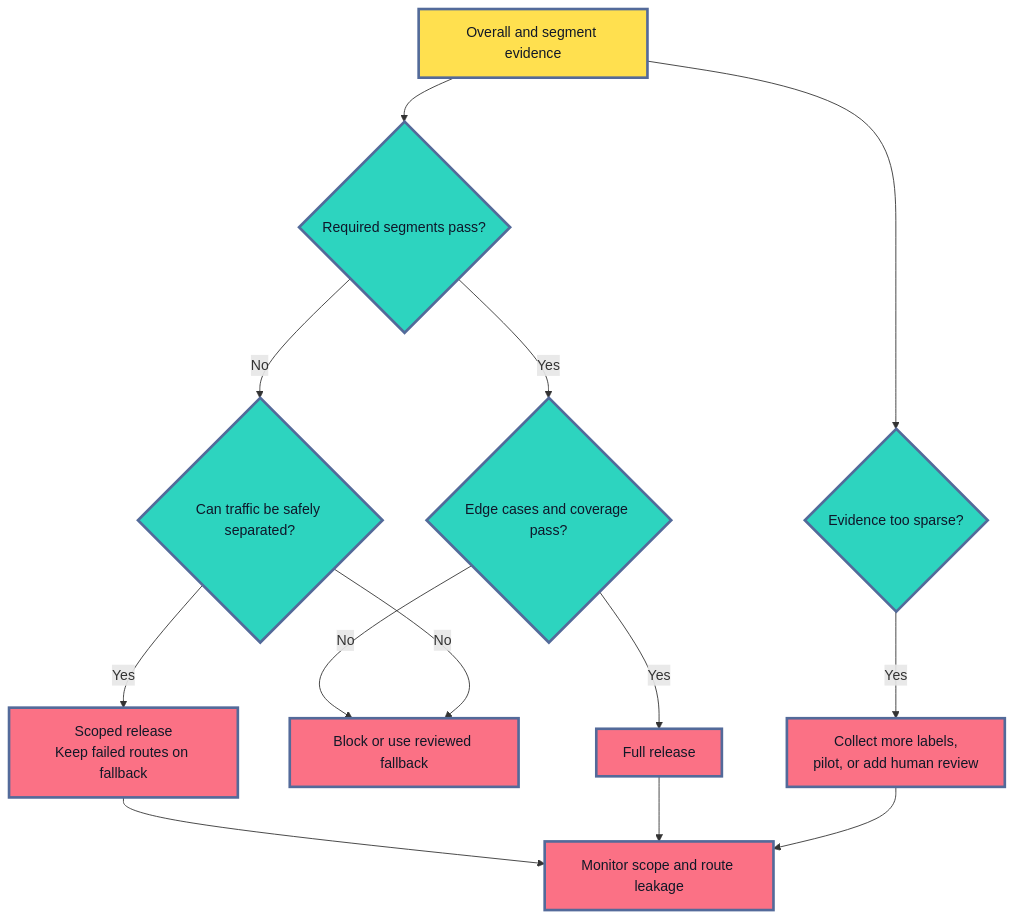
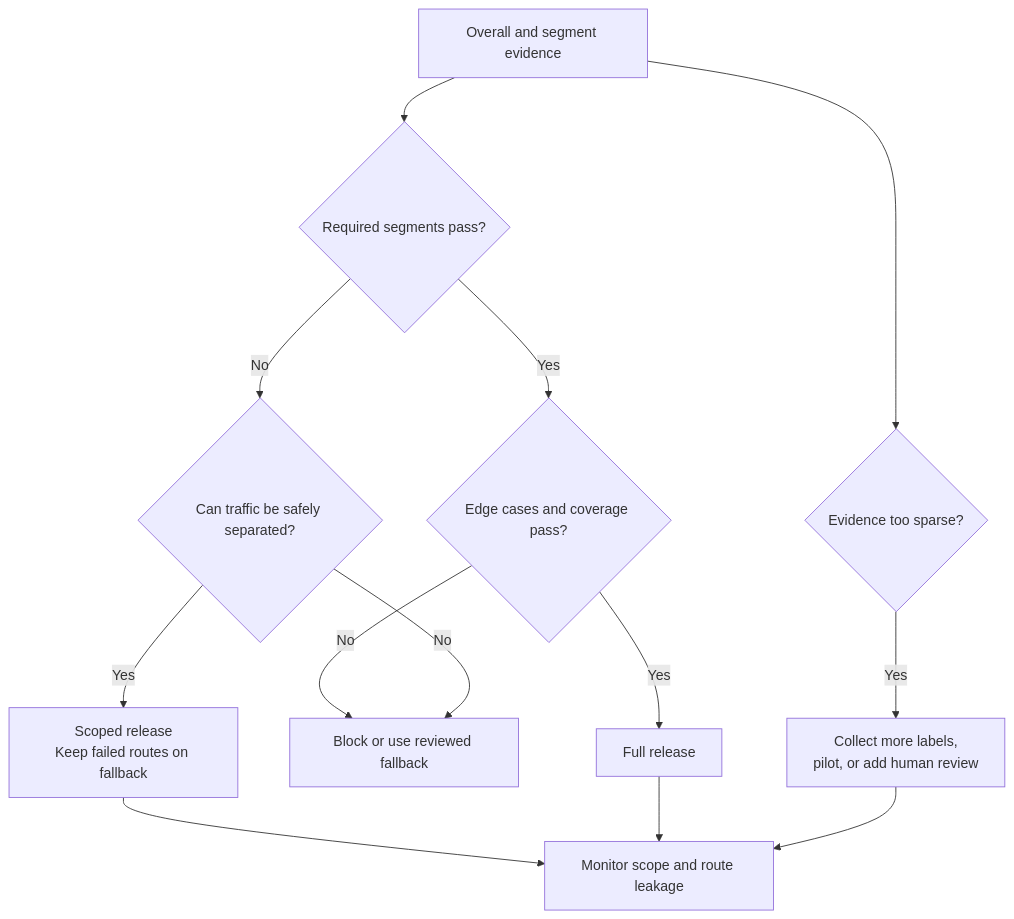
One commit to senlinyy/dev-roadmaps changed diagram 11 of 12 in roadmaps/mlops/modules/model-evaluation/production-readiness/01-segment-evaluation-edge-cases.md. Above: the diagram before and after it, drawn with Mermaid. The commit also changed other lines of this file and 152 other files, not shown here.

Commit message:
feat: mlops and diagrams updated

````diff
--- a/roadmaps/mlops/modules/model-evaluation/production-readiness/01-segment-evaluation-edge-cases.md
+++ b/roadmaps/mlops/modules/model-evaluation/production-readiness/01-segment-evaluation-edge-cases.md
@@ -859,22 +825,19 @@
 ```mermaid
 flowchart TD
     A["Overall and segment evidence"] --> B{"Required segments pass?"}
     B -->|"Yes"| C{"Edge cases and coverage pass?"}
     B -->|"No"| D{"Can traffic be safely separated?"}
     C -->|"Yes"| E["Full release"]
     C -->|"No"| F["Block or use reviewed fallback"]
     D -->|"Yes"| G["Scoped release<br/>Keep failed routes on fallback"]
     D -->|"No"| F
     A --> H{"Evidence too sparse?"}
     H -->|"Yes"| I["Collect more labels,<br/>pilot, or add human review"]
     G --> J["Monitor scope and route leakage"]
     E --> J
     I --> J
 
-    classDef evidence fill:#FFE04F,stroke:#536A9A,stroke-width:3px,color:#111827
-    classDef question fill:#2DD4BF,stroke:#536A9A,stroke-width:3px,color:#0F172A
-    classDef action fill:#FB7185,stroke:#536A9A,stroke-width:3px,color:#111827
     class A evidence
     class B,C,D,H question
     class E,F,G,I,J action
 ```
````
